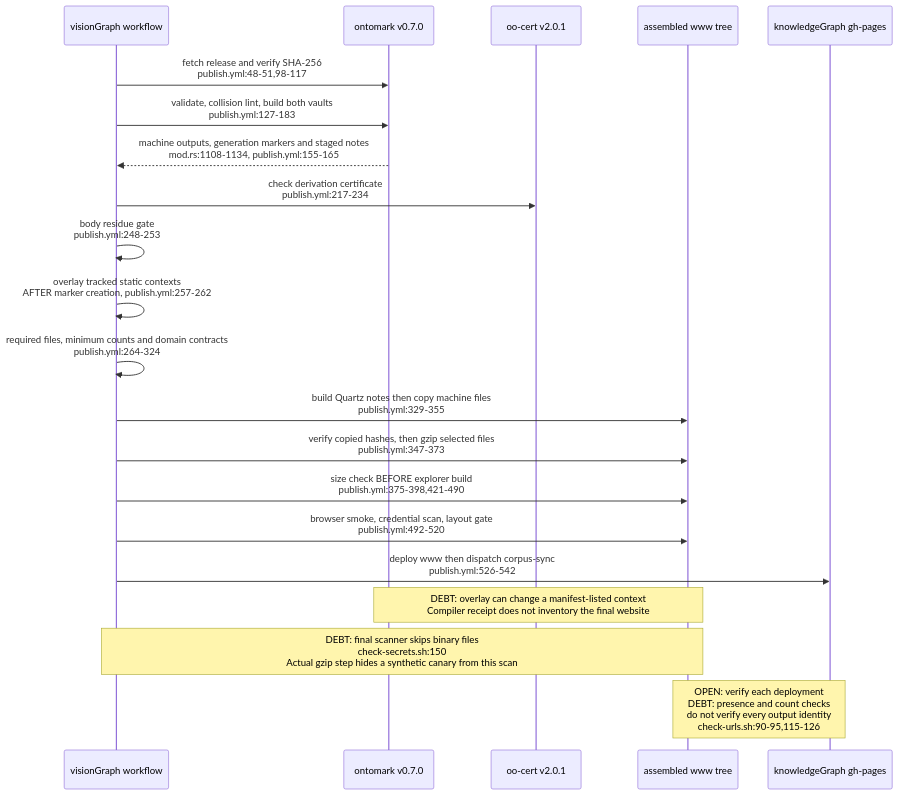
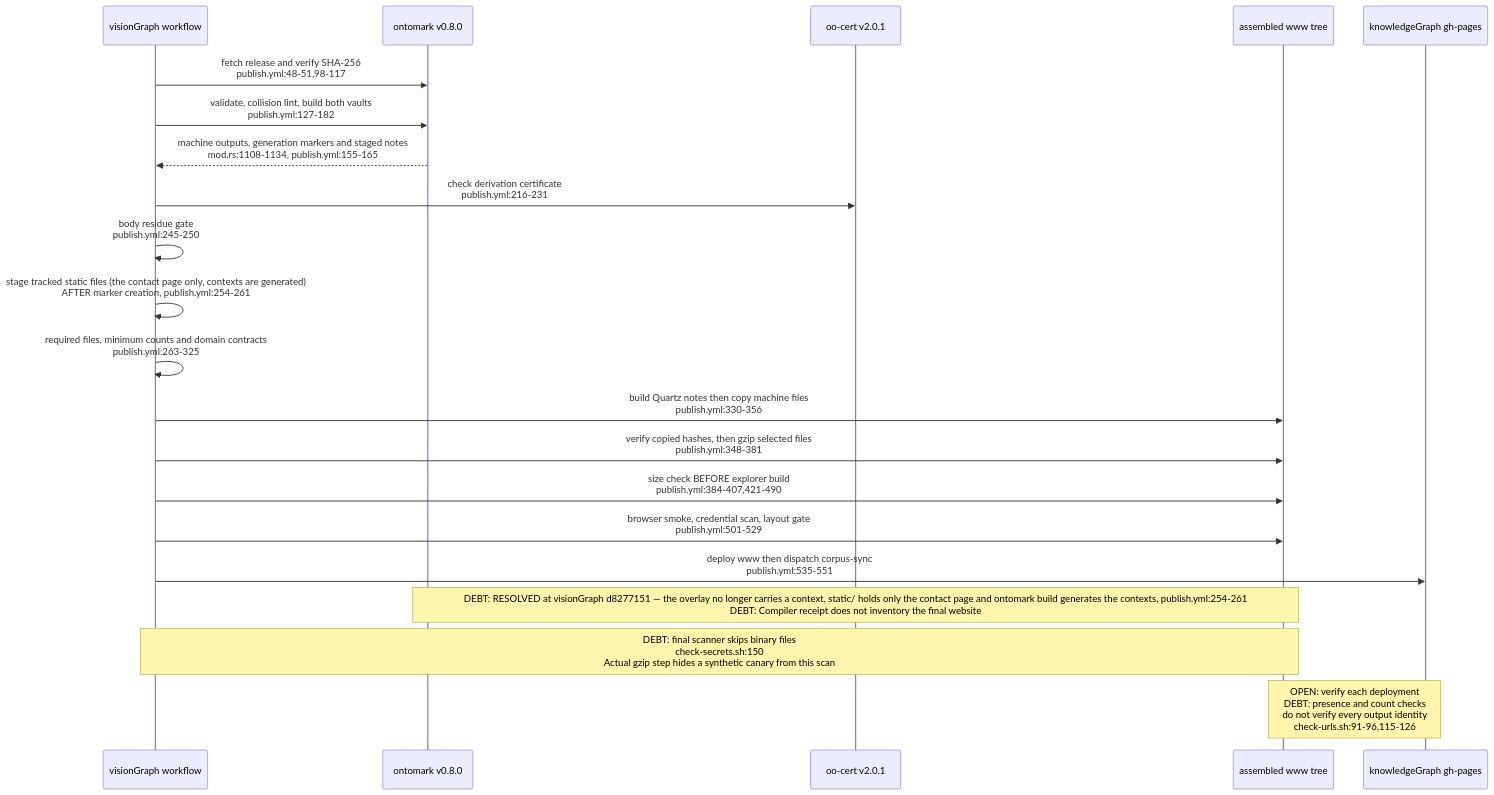
One commit to DreamLab-AI/VisionFlow changed the first of 2 diagrams in docs/diagrams/knowledgegraph/05-ci-cd-and-publish.md. Above: the diagram before and after it, drawn with Mermaid. The commit also changed other lines of this file and 49 other files, not shown here.

First line of the commit message:
docs(diagrams): re-derive and re-stamp VisionClaw, estate, knowledge-graph, visionGraph, VisionFlow and sidestr topics

````diff
--- a/docs/diagrams/knowledgegraph/05-ci-cd-and-publish.md
+++ b/docs/diagrams/knowledgegraph/05-ci-cd-and-publish.md
@@ -31,23 +31,23 @@
 ```mermaid
 sequenceDiagram
     participant V as visionGraph workflow
-    participant O as ontomark v0.7.0
+    participant O as ontomark v0.8.0
     participant C as oo-cert v2.0.1
     participant S as assembled www tree
     participant G as knowledgeGraph gh-pages
     V->>O: fetch release and verify SHA-256<br/>publish.yml:48-51,98-117
-    V->>O: validate, collision lint, build both vaults<br/>publish.yml:127-183
+    V->>O: validate, collision lint, build both vaults<br/>publish.yml:127-182
     O-->>V: machine outputs, generation markers and staged notes<br/>mod.rs:1108-1134, publish.yml:155-165
-    V->>C: check derivation certificate<br/>publish.yml:217-234
-    V->>V: body residue gate<br/>publish.yml:248-253
-    V->>V: overlay tracked static contexts<br/>AFTER marker creation, publish.yml:257-262
-    V->>V: required files, minimum counts and domain contracts<br/>publish.yml:264-324
-    V->>S: build Quartz notes then copy machine files<br/>publish.yml:329-355
-    V->>S: verify copied hashes, then gzip selected files<br/>publish.yml:347-373
-    V->>S: size check BEFORE explorer build<br/>publish.yml:375-398,421-490
-    V->>S: browser smoke, credential scan, layout gate<br/>publish.yml:492-520
-    V->>G: deploy www then dispatch corpus-sync<br/>publish.yml:526-542
-    Note over O,S: DEBT: overlay can change a manifest-listed context<br/>Compiler receipt does not inventory the final website
+    V->>C: check derivation certificate<br/>publish.yml:216-231
+    V->>V: body residue gate<br/>publish.yml:245-250
+    V->>V: stage tracked static files (the contact page only, contexts are generated)<br/>AFTER marker creation, publish.yml:254-261
+    V->>V: required files, minimum counts and domain contracts<br/>publish.yml:263-325
+    V->>S: build Quartz notes then copy machine files<br/>publish.yml:330-356
+    V->>S: verify copied hashes, then gzip selected files<br/>publish.yml:348-381
+    V->>S: size check BEFORE explorer build<br/>publish.yml:384-407,421-490
+    V->>S: browser smoke, credential scan, layout gate<br/>publish.yml:501-529
+    V->>G: deploy www then dispatch corpus-sync<br/>publish.yml:535-551
+    Note over O,S: DEBT: RESOLVED at visionGraph d8277151 — the overlay no longer carries a context, static/ holds only the contact page and ontomark build generates the contexts, publish.yml:254-261<br/>DEBT: Compiler receipt does not inventory the final website
     Note over V,S: DEBT: final scanner skips binary files<br/>check-secrets.sh:150<br/>Actual gzip step hides a synthetic canary from this scan
-    Note over S,G: OPEN: verify each deployment<br/>DEBT: presence and count checks<br/>do not verify every output identity<br/>check-urls.sh:90-95,115-126
+    Note over S,G: OPEN: verify each deployment<br/>DEBT: presence and count checks<br/>do not verify every output identity<br/>check-urls.sh:91-96,115-126
 ```
````
